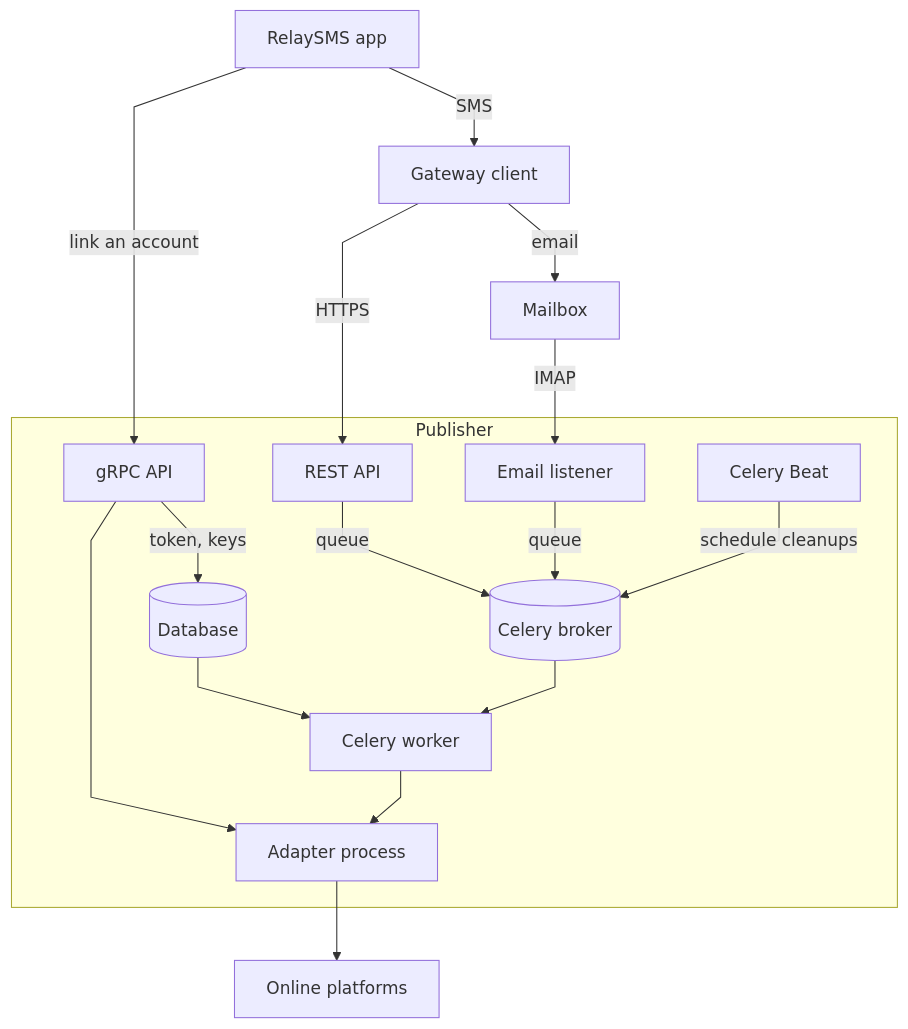
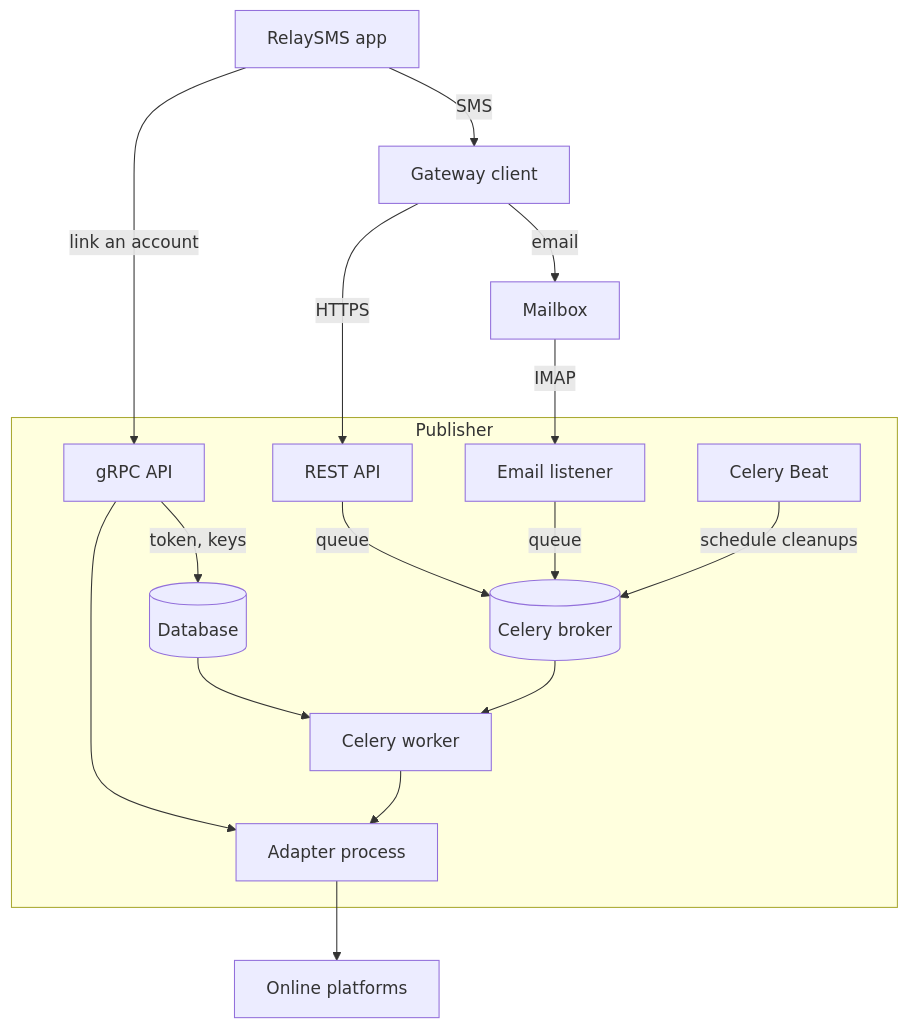
One commit to smswithoutborders/RelaySMS-Publisher changed the diagram in docs/explanation/architecture.md. Above: the diagram before and after it, drawn with Mermaid. The commit also changed 4 other files, not shown here.

Commit message:
fix(docs): render mermaid diagrams as GitHub does with a pinned mermaid 12.2.0

````diff
--- a/docs/explanation/architecture.md
+++ b/docs/explanation/architecture.md
@@ -5,38 +5,33 @@
 ```mermaid
----
-config:
-  flowchart:
-    curve: linear
----
 flowchart TB
     app["RelaySMS app"]
     gateway["Gateway client"]
     mailbox["Mailbox"]
     platform["Online platforms"]
 
     subgraph publisher["Publisher"]
         grpc["gRPC API"]
         rest["REST API"]
         smtp["Email listener"]
         beat["Celery Beat"]
         db[("Database")]
         broker[("Celery broker")]
         worker["Celery worker"]
         adapter["Adapter process"]
     end
 
     app -- "link an account" --> grpc
     grpc --> adapter
     app -- "SMS" --> gateway
     gateway -- "HTTPS" --> rest
     gateway -- "email" --> mailbox
     mailbox -- "IMAP" --> smtp
     rest -- "queue" --> broker
     smtp -- "queue" --> broker
     beat -- "schedule cleanups" --> broker
     broker --> worker
     grpc -- "token, keys" --> db
     db --> worker
     worker --> adapter
     adapter --> platform
 ```
````
